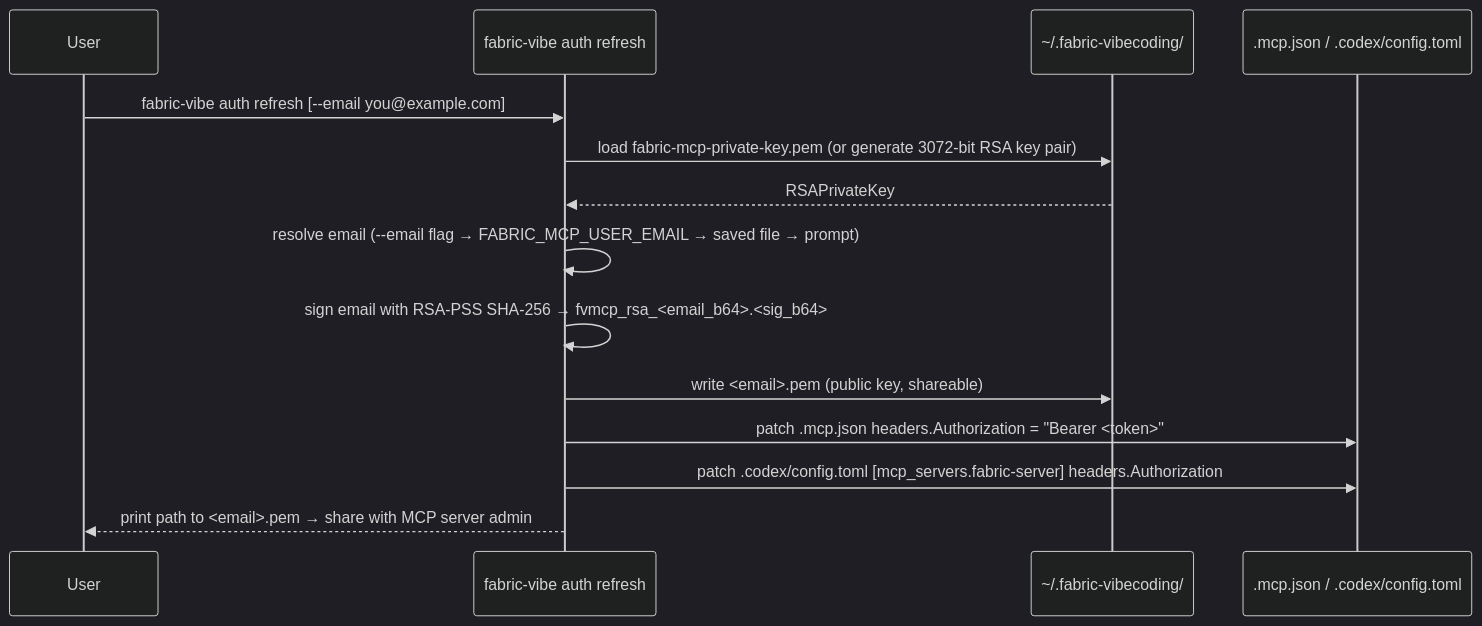
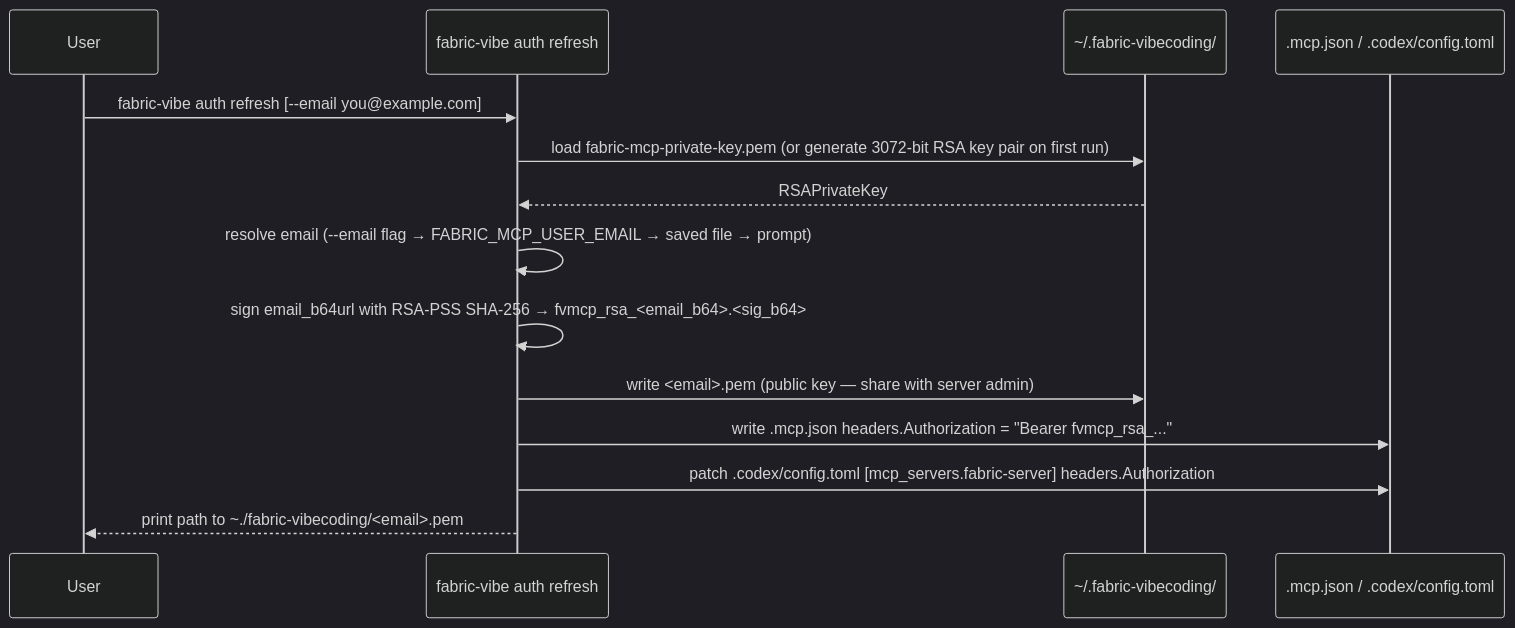
Before and after one commit to scardoso-lu/fabric-skills-settings: the first of 2 diagrams in docs/mcp-auth-flow.md, drawn with Mermaid (dark theme). The commit also changed other lines of this file, not shown here.

First line of the commit message:
docs: clarify mcp-auth-flow — no JWT, just RSA signature check

````diff
--- a/docs/mcp-auth-flow.md
+++ b/docs/mcp-auth-flow.md
@@ -35,17 +39,17 @@
 ```mermaid
 sequenceDiagram
     participant User
     participant CLI as fabric-vibe auth refresh
     participant FS as ~/.fabric-vibecoding/
     participant CFG as .mcp.json / .codex/config.toml
 
     User->>CLI: fabric-vibe auth refresh [--email you@example.com]
-    CLI->>FS: load fabric-mcp-private-key.pem (or generate 3072-bit RSA key pair)
+    CLI->>FS: load fabric-mcp-private-key.pem (or generate 3072-bit RSA key pair on first run)
     FS-->>CLI: RSAPrivateKey
     CLI->>CLI: resolve email (--email flag → FABRIC_MCP_USER_EMAIL → saved file → prompt)
-    CLI->>CLI: sign email with RSA-PSS SHA-256 → fvmcp_rsa_<email_b64>.<sig_b64>
-    CLI->>FS: write <email>.pem (public key, shareable)
-    CLI->>CFG: patch .mcp.json headers.Authorization = "Bearer <token>"
+    CLI->>CLI: sign email_b64url with RSA-PSS SHA-256 → fvmcp_rsa_<email_b64>.<sig_b64>
+    CLI->>FS: write <email>.pem (public key — share with server admin)
+    CLI->>CFG: write .mcp.json headers.Authorization = "Bearer fvmcp_rsa_..."
     CLI->>CFG: patch .codex/config.toml [mcp_servers.fabric-server] headers.Authorization
-    CLI-->>User: print path to <email>.pem → share with MCP server admin
+    CLI-->>User: print path to ~./fabric-vibecoding/<email>.pem
 ```
````
